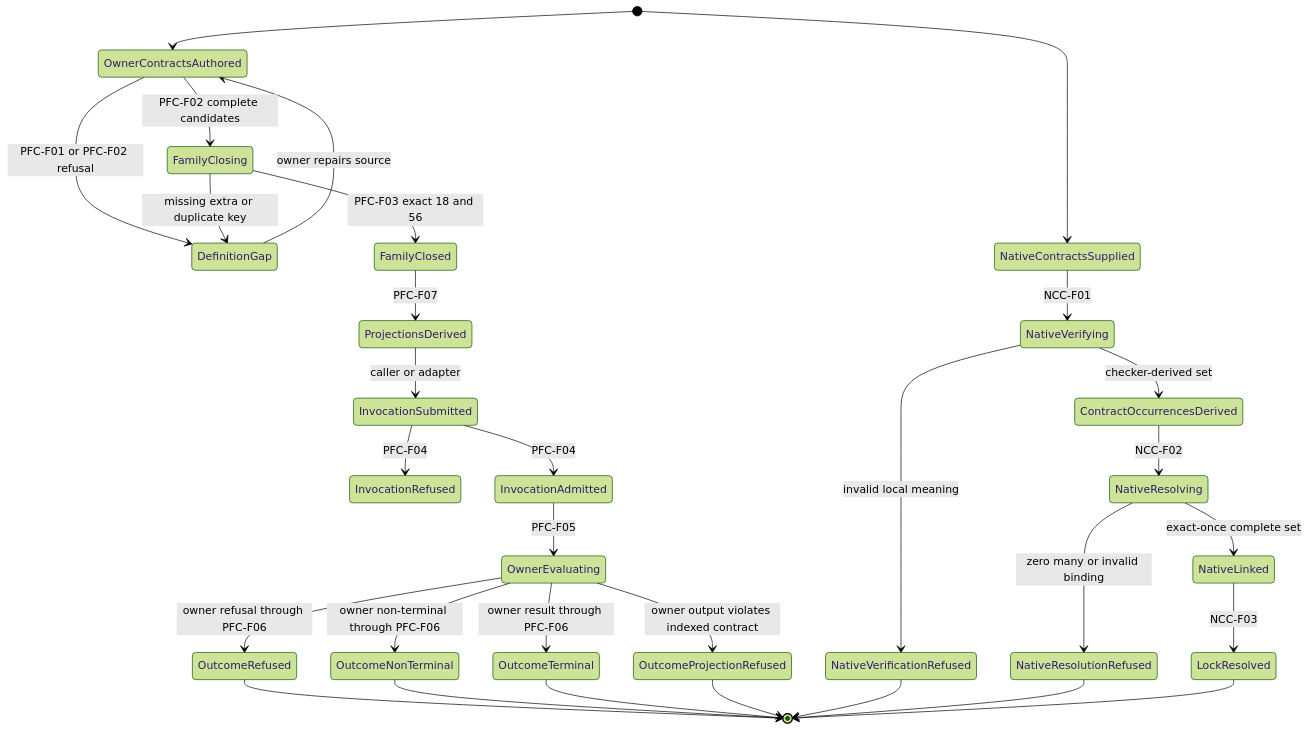
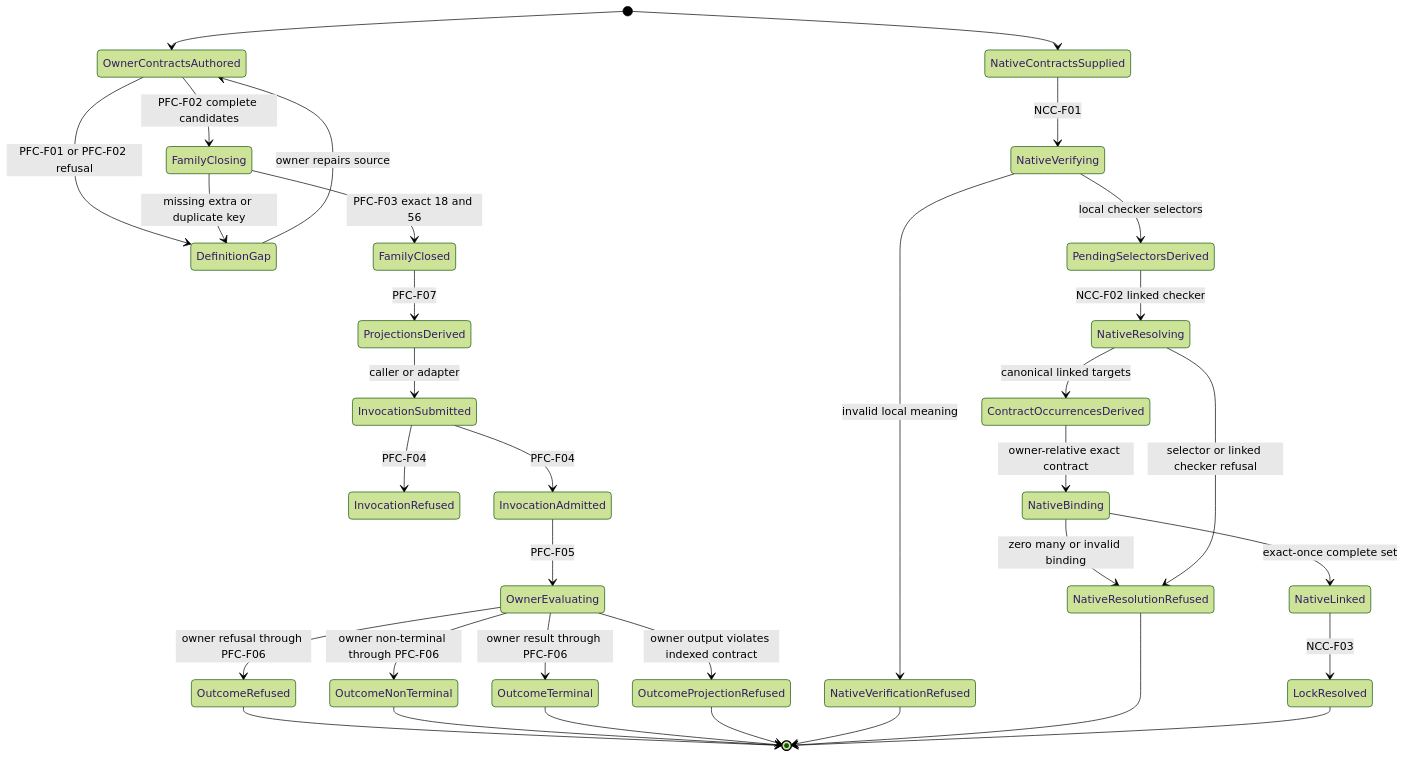
One commit to foolishimp/abiogenesis changed the third of 3 diagrams in build_tenants/abiogenesis/typescript/design/M05_S06_PUBLIC_FUNCTION_AND_NATIVE_OCCURRENCE_CLOSURE_DESIGN.md. Above: the diagram before and after it, drawn with Mermaid (forest theme). The commit also changed other lines of this file and 1 other file, not shown here.

Commit message:
design(s06): close public and native occurrence algebra

````diff
--- a/build_tenants/abiogenesis/typescript/design/M05_S06_PUBLIC_FUNCTION_AND_NATIVE_OCCURRENCE_CLOSURE_DESIGN.md
+++ b/build_tenants/abiogenesis/typescript/design/M05_S06_PUBLIC_FUNCTION_AND_NATIVE_OCCURRENCE_CLOSURE_DESIGN.md
@@ -1042,35 +1950,38 @@
 ```mermaid
 stateDiagram-v2
   [*] --> OwnerContractsAuthored
   OwnerContractsAuthored --> DefinitionGap: PFC-F01 or PFC-F02 refusal
   OwnerContractsAuthored --> FamilyClosing: PFC-F02 complete candidates
   DefinitionGap --> OwnerContractsAuthored: owner repairs source
   FamilyClosing --> DefinitionGap: missing extra or duplicate key
   FamilyClosing --> FamilyClosed: PFC-F03 exact 18 and 56
   FamilyClosed --> ProjectionsDerived: PFC-F07
 
   ProjectionsDerived --> InvocationSubmitted: caller or adapter
   InvocationSubmitted --> InvocationRefused: PFC-F04
   InvocationSubmitted --> InvocationAdmitted: PFC-F04
   InvocationAdmitted --> OwnerEvaluating: PFC-F05
   OwnerEvaluating --> OutcomeRefused: owner refusal through PFC-F06
   OwnerEvaluating --> OutcomeNonTerminal: owner non-terminal through PFC-F06
   OwnerEvaluating --> OutcomeTerminal: owner result through PFC-F06
   OwnerEvaluating --> OutcomeProjectionRefused: owner output violates indexed contract
   OutcomeRefused --> [*]
   OutcomeNonTerminal --> [*]
   OutcomeTerminal --> [*]
   OutcomeProjectionRefused --> [*]
 
   [*] --> NativeContractsSupplied
   NativeContractsSupplied --> NativeVerifying: NCC-F01
   NativeVerifying --> NativeVerificationRefused: invalid local meaning
-  NativeVerifying --> ContractOccurrencesDerived: checker-derived set
-  ContractOccurrencesDerived --> NativeResolving: NCC-F02
-  NativeResolving --> NativeResolutionRefused: zero many or invalid binding
-  NativeResolving --> NativeLinked: exact-once complete set
+  NativeVerifying --> PendingSelectorsDerived: local checker selectors
+  PendingSelectorsDerived --> NativeResolving: NCC-F02 linked checker
+  NativeResolving --> ContractOccurrencesDerived: canonical linked targets
+  ContractOccurrencesDerived --> NativeBinding: owner-relative exact contract
+  NativeBinding --> NativeResolutionRefused: zero many or invalid binding
+  NativeBinding --> NativeLinked: exact-once complete set
+  NativeResolving --> NativeResolutionRefused: selector or linked checker refusal
   NativeLinked --> LockResolved: NCC-F03
   NativeVerificationRefused --> [*]
   NativeResolutionRefused --> [*]
   LockResolved --> [*]
 ```
````
